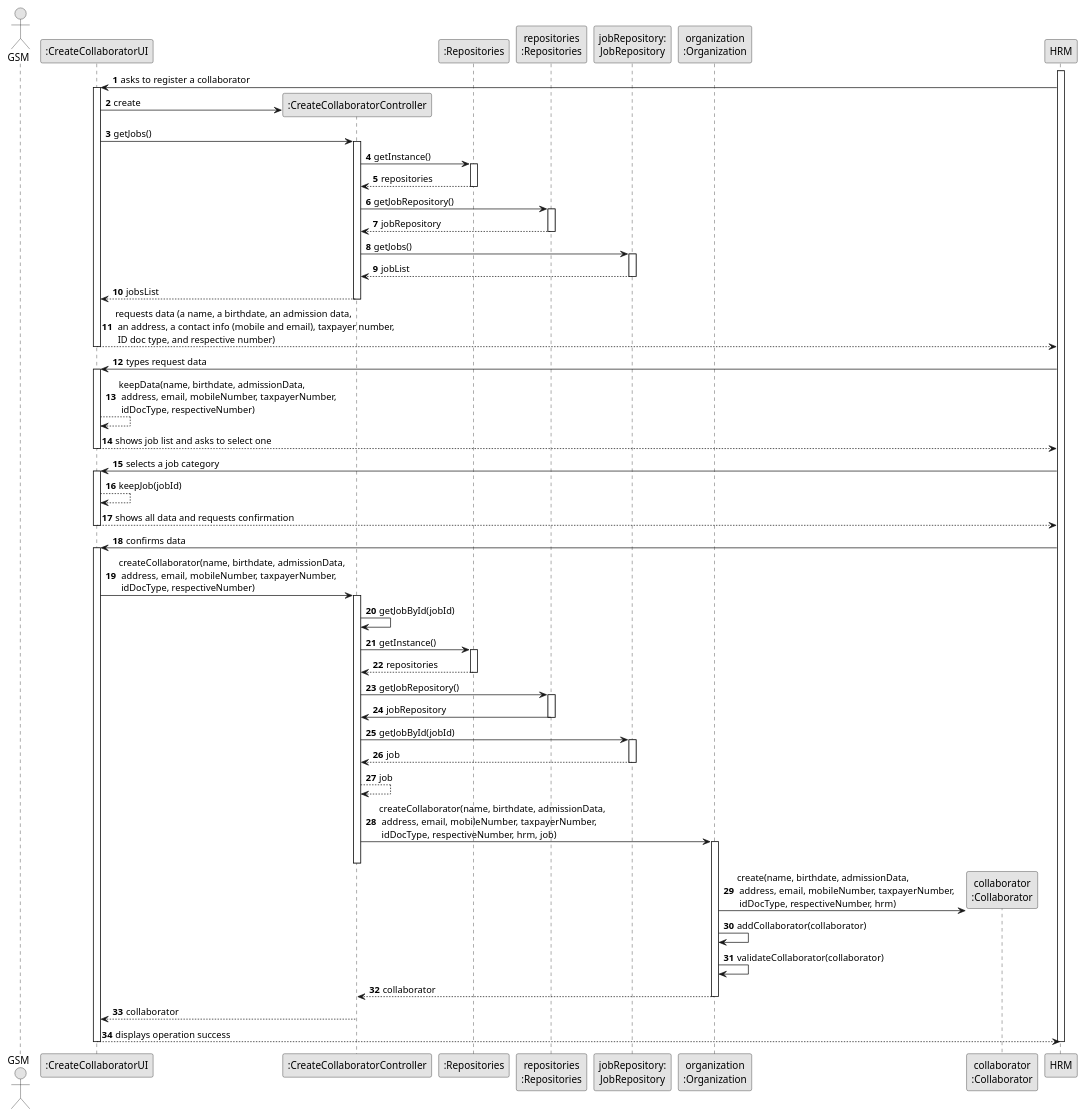
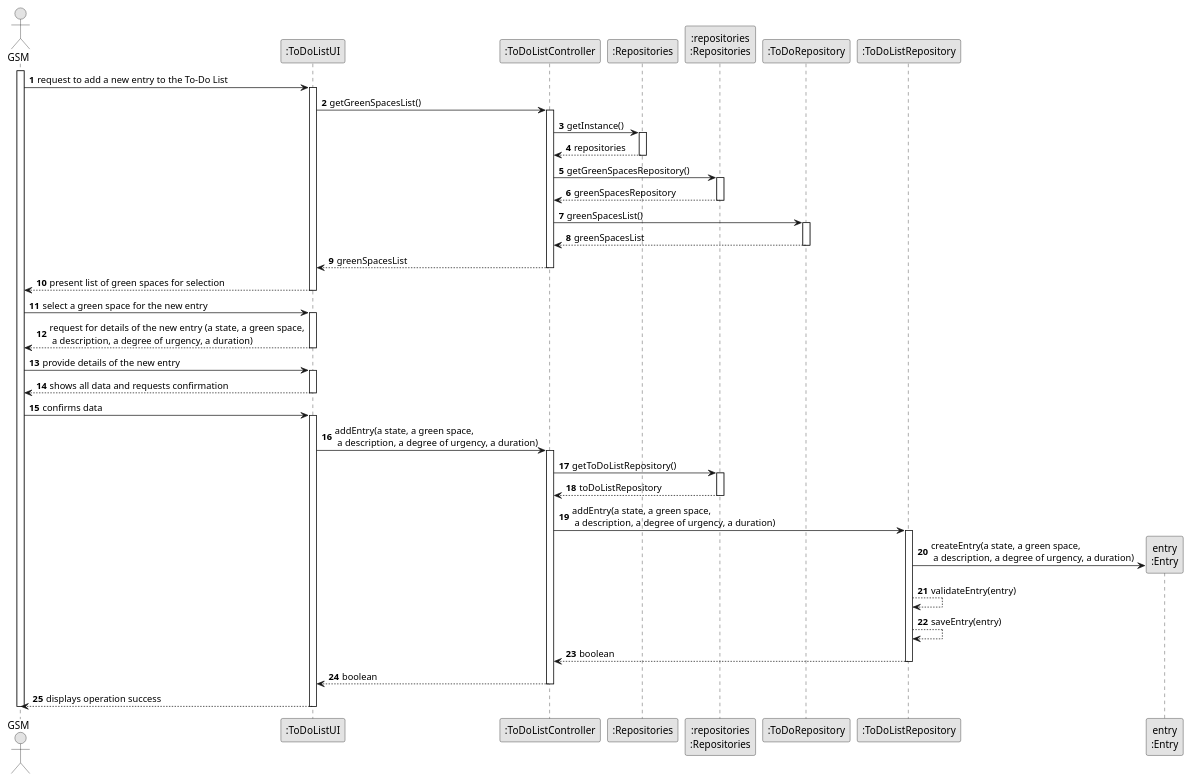
Before and after one commit to rpedros02/lei-24-s2-1DL-g08: the diagram in docs/sprintC/us021/03.design/puml/us021-sequence-diagram-full.puml, drawn with PlantUML. The commit also changed 2 other files, not shown here.

```diff
--- a/docs/sprintC/us021/03.design/puml/us021-sequence-diagram-full.puml
+++ b/docs/sprintC/us021/03.design/puml/us021-sequence-diagram-full.puml
@@ -1,129 +1,92 @@
 @startuml
 skinparam monochrome true
 skinparam packageStyle rectangle
 skinparam shadowing false
 
 autonumber
 
 'hide footbox
-actor "GSM" as GSM
-participant ":CreateCollaboratorUI" as UI
-participant ":CreateCollaboratorController" as CTRL
+actor "GSM" as ADM
+participant ":ToDoListUI" as UI
+participant ":ToDoListController" as CTRL
 participant ":Repositories" as RepositorySingleton
-participant "repositories\n:Repositories" as PLAT
-participant "jobRepository:\nJobRepository" as JobRepository
-participant "organization\n:Organization" as ORG
-participant "collaborator\n:Collaborator" as Collaborator
+participant ":repositories\n:Repositories" as PLAT
 
+participant ":ToDoRepository" as DOUR
+participant ":ToDoListRepository" as TDR
+participant "entry\n:Entry" as TASK
 
-activate HRM
+activate ADM
 
-        HRM -> UI : asks to register a collaborator
+    ADM -> UI : request to add a new entry to the To-Do List
+    activate UI
 
-        activate UI
+        UI -> CTRL : getGreenSpacesList()
+        activate CTRL
 
-'            UI --> HRM : requests data (reference, description,  informal \n description, technical description, duration, cost)
-            'create CTRL
-            UI -> CTRL** : create
+            CTRL -> RepositorySingleton : getInstance()
+            activate RepositorySingleton
 
-            UI -> CTRL : getJobs()
-            activate CTRL
-                CTRL -> RepositorySingleton : getInstance()
-                activate RepositorySingleton
+                RepositorySingleton --> CTRL : repositories
+            deactivate RepositorySingleton
 
-                    RepositorySingleton --> CTRL: repositories
-                deactivate RepositorySingleton
+            CTRL -> PLAT : getGreenSpacesRepository()
+            activate PLAT
 
-                CTRL -> PLAT : getJobRepository()
-                activate PLAT
+                PLAT --> CTRL : greenSpacesRepository
+            deactivate PLAT
 
-                    PLAT --> CTRL: jobRepository
-                deactivate PLAT
+            CTRL -> DOUR : greenSpacesList()
+            activate DOUR
 
-                CTRL -> JobRepository : getJobs()
-                activate JobRepository
+                DOUR --> CTRL : greenSpacesList
+            deactivate DOUR
 
-                    JobRepository --> CTRL : jobList
-                deactivate JobRepository
+            CTRL --> UI : greenSpacesList
+        deactivate CTRL
 
-
-                CTRL --> UI : jobsList
-
-            deactivate CTRL
-
-
-            UI --> HRM : requests data (a name, a birthdate, an admission data,\n an address, a contact info (mobile and email), taxpayer number,\n ID doc type, and respective number)
-        deactivate UI
-
-    HRM -> UI : types request data
-    activate UI
-        UI --> UI : keepData(name, birthdate, admissionData,\n address, email, mobileNumber, taxpayerNumber,\n idDocType, respectiveNumber)
-
-        deactivate CTRL
-        UI --> HRM : shows job list and asks to select one
+        UI --> ADM : present list of green spaces for selection
     deactivate UI
 
-    HRM -> UI : selects a job category
+    ADM -> UI : select a green space for the new entry
     activate UI
-        UI --> UI : keepJob(jobId)
-        UI --> HRM : shows all data and requests confirmation
+
+        UI --> ADM : request for details of the new entry (a state, a green space,\n a description, a degree of urgency, a duration)
     deactivate UI
 
-    HRM -> UI : confirms data
+    ADM -> UI : provide details of the new entry
     activate UI
 
-        UI -> CTRL : createCollaborator(name, birthdate, admissionData,\n address, email, mobileNumber, taxpayerNumber,\n idDocType, respectiveNumber)
+        UI --> ADM : shows all data and requests confirmation
+    deactivate UI
+
+    ADM -> UI : confirms data
+    activate UI
+
+        UI -> CTRL : addEntry(a state, a green space,\n a description, a degree of urgency, a duration)
         activate CTRL
 
+            CTRL -> PLAT : getToDoListRepository()
+            activate PLAT
 
-                CTRL -> CTRL : getJobById(jobId)
+                PLAT --> CTRL : toDoListRepository
+            deactivate PLAT
 
+            CTRL -> TDR : addEntry(a state, a green space,\n a description, a degree of urgency, a duration)
+            activate TDR
 
-                CTRL -> RepositorySingleton : getInstance()
-                activate RepositorySingleton
+                TDR -> TASK** : createEntry(a state, a green space,\n a description, a degree of urgency, a duration)
+                TDR --> TDR : validateEntry(entry)
+                TDR --> TDR : saveEntry(entry)
+                TDR --> CTRL : boolean
+            deactivate TDR
 
-                    RepositorySingleton --> CTRL: repositories
-                deactivate RepositorySingleton
+            CTRL --> UI : boolean
+        deactivate CTRL
 
-                CTRL -> PLAT : getJobRepository()
-                activate PLAT
-
-                    PLAT -> CTRL : jobRepository
-                deactivate PLAT
-
-                CTRL -> JobRepository : getJobById(jobId)
-                activate JobRepository
-
-                    JobRepository --> CTRL : job
-                deactivate JobRepository
-                    CTRL --> CTRL : job
-
-
-            CTRL -> ORG: createCollaborator(name, birthdate, admissionData,\n address, email, mobileNumber, taxpayerNumber,\n idDocType, respectiveNumber, hrm, job)
-            activate ORG
-deactivate CTRL
-                ORG -> Collaborator**: create(name, birthdate, admissionData,\n address, email, mobileNumber, taxpayerNumber,\n idDocType, respectiveNumber, hrm)
-                ORG -> ORG: addCollaborator(collaborator)
-
-
-
-                    ORG -> ORG: validateCollaborator(collaborator)
-
-
-
-
-
-
-
-                ORG --> CTRL : collaborator
-
-            deactivate ORG
-
-            CTRL --> UI: collaborator
-            deactivate CTRL
-            UI --> HRM: displays operation success
+        UI --> ADM : displays operation success
     deactivate UI
 
-deactivate HRM
+deactivate ADM
 
 @enduml
```
